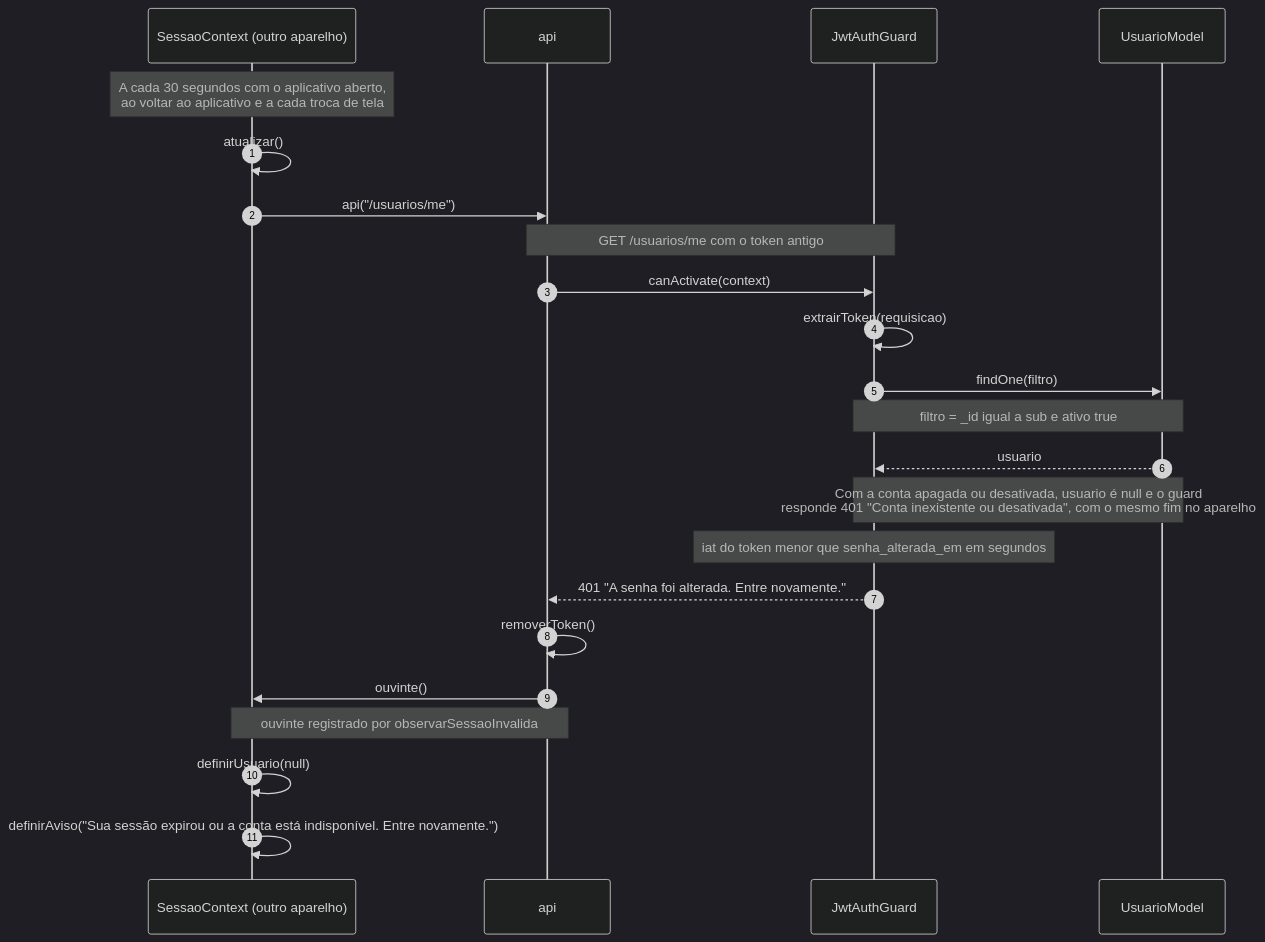
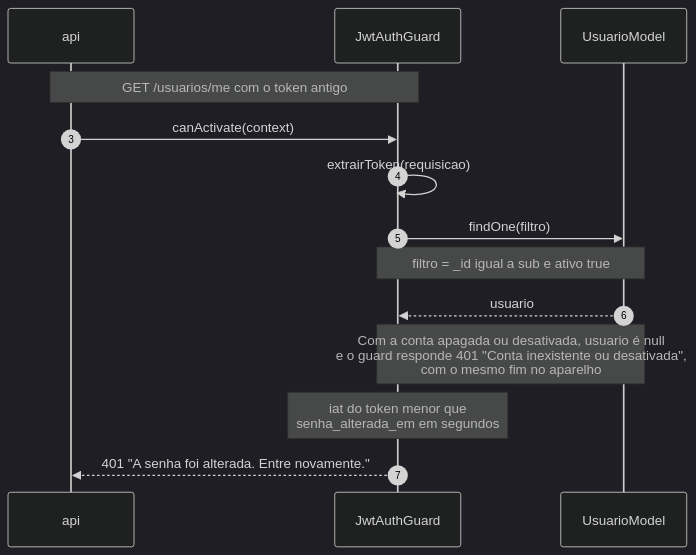
One commit to Conecta-IFSP/DOCUMENTATION changed diagram 14 of 25 in 2 - Incremento 1/configuracoes-usuario/6 - diagramas-sequencia-configuracoes-usuario.md. Above: the diagram before and after it, drawn with Mermaid (dark theme). The commit also changed other lines of this file and 5 other files, not shown here.

Commit message:
Divide os diagramas de sequência dos incrementos 1 e 2 em partes legíveis

````diff
--- a/2 - Incremento 1/configuracoes-usuario/6 - diagramas-sequencia-configuracoes-usuario.md
+++ b/2 - Incremento 1/configuracoes-usuario/6 - diagramas-sequencia-configuracoes-usuario.md
@@ -222,25 +384,16 @@
 ```mermaid
 sequenceDiagram
-    autonumber
-    participant SC as SessaoContext (outro aparelho)
+    autonumber 3
     participant A as api
     participant G as JwtAuthGuard
     participant M as UsuarioModel
-    Note over SC: A cada 30 segundos com o aplicativo aberto,<br/>ao voltar ao aplicativo e a cada troca de tela
-    SC->>SC: atualizar()
-    SC->>A: api("/usuarios/me")
     Note over A,G: GET /usuarios/me com o token antigo
     A->>G: canActivate(context)
     G->>G: extrairToken(requisicao)
     G->>M: findOne(filtro)
     Note over G,M: filtro = _id igual a sub e ativo true
     M-->>G: usuario
-    Note over G,M: Com a conta apagada ou desativada, usuario é null e o guard<br/>responde 401 "Conta inexistente ou desativada", com o mesmo fim no aparelho
-    Note over G: iat do token menor que senha_alterada_em em segundos
+    Note over G,M: Com a conta apagada ou desativada, usuario é null<br/>e o guard responde 401 "Conta inexistente ou desativada",<br/>com o mesmo fim no aparelho
+    Note over G: iat do token menor que<br/>senha_alterada_em em segundos
     G-->>A: 401 "A senha foi alterada. Entre novamente."
-    A->>A: removerToken()
-    A->>SC: ouvinte()
-    Note over A,SC: ouvinte registrado por observarSessaoInvalida
-    SC->>SC: definirUsuario(null)
-    SC->>SC: definirAviso("Sua sessão expirou ou a conta está indisponível. Entre novamente.")
 ```
````
